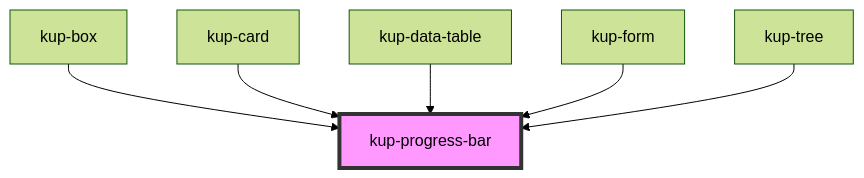
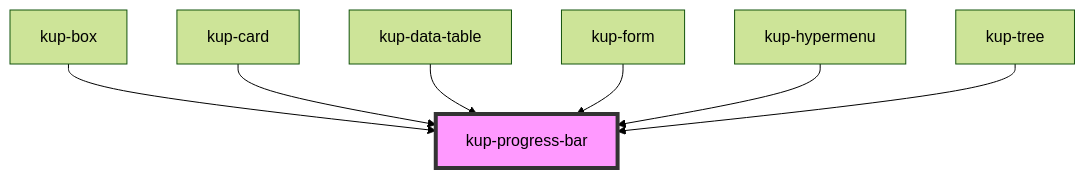
One commit to smeup/ketch.up changed the diagram in packages/ketchup/src/components/kup-progress-bar/readme.md. Above: the diagram before and after it, drawn with Mermaid (forest theme). The commit also changed other lines of this file and 25 other files, not shown here.

````diff
--- a/packages/ketchup/src/components/kup-progress-bar/readme.md
+++ b/packages/ketchup/src/components/kup-progress-bar/readme.md
@@ -63,9 +64,10 @@
 ```mermaid
 graph TD;
   kup-box --> kup-progress-bar
   kup-card --> kup-progress-bar
   kup-data-table --> kup-progress-bar
   kup-form --> kup-progress-bar
+  kup-hypermenu --> kup-progress-bar
   kup-tree --> kup-progress-bar
   style kup-progress-bar fill:#f9f,stroke:#333,stroke-width:4px
 ```
````
